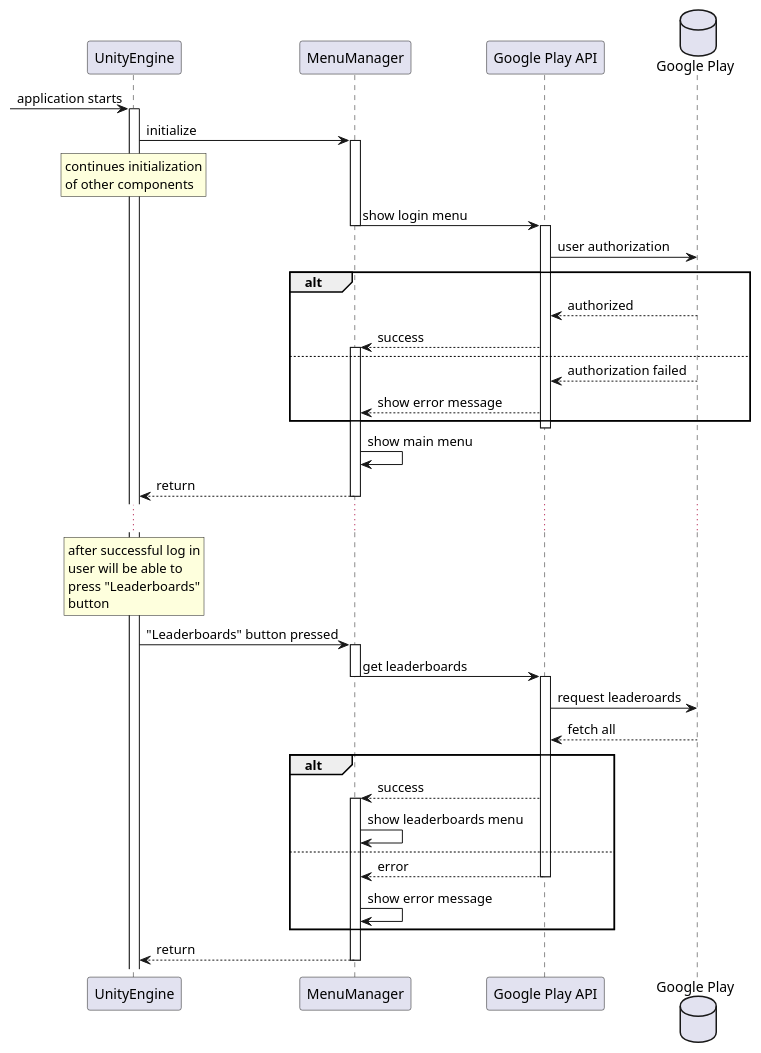
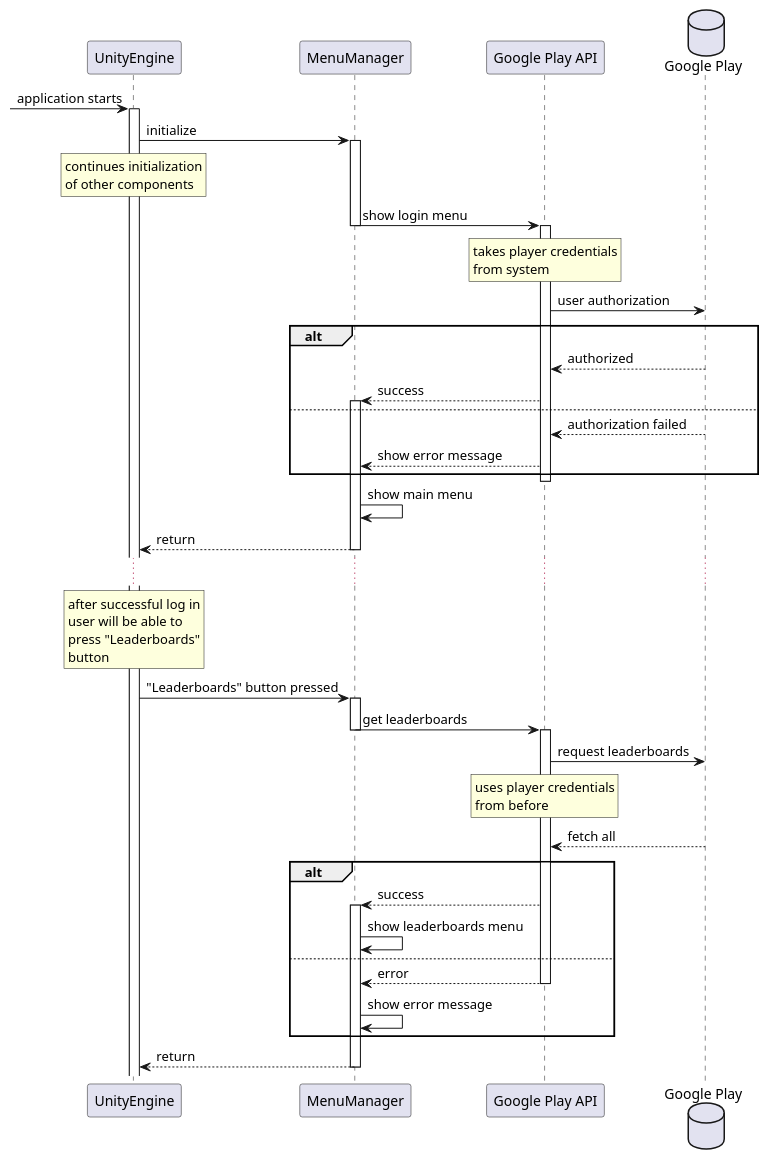
Before and after one commit to CKTA00/Robbery_Rush_UML: the diagram in UML/leaderboards_sequence_diagram.puml, drawn with PlantUML. The commit also changed 3 other files, not shown here.

```diff
--- a/UML/leaderboards_sequence_diagram.puml
+++ b/UML/leaderboards_sequence_diagram.puml
@@ -1,49 +1,53 @@
 @startuml
 'https://plantuml.com/sequence-diagram
 
 
 ?-> UnityEngine ++: application starts
 
 UnityEngine -> MenuManager ++: initialize
 rnote over UnityEngine: continues initialization\nof other components
 MenuManager -> "Google Play API" --++: show login menu
 database "Google Play"
+
+rnote over "Google Play API": takes player credentials\nfrom system
+
 "Google Play API" -> "Google Play": user authorization
 
 group alt
     "Google Play" --> "Google Play API": authorized
     "Google Play API" --> MenuManager  : success
     activate MenuManager
     else
     "Google Play" --> "Google Play API" : authorization failed
     "Google Play API" --> MenuManager  : show error message
 end
 deactivate "Google Play API"
 MenuManager -> MenuManager: show main menu
 MenuManager --> UnityEngine --: return
 
 ...
 
 rnote over UnityEngine: after successful log in\nuser will be able to\npress "Leaderboards"\nbutton
 
 UnityEngine -> MenuManager++: "Leaderboards" button pressed
 MenuManager -> "Google Play API" --++: get leaderboards
-"Google Play API" -> "Google Play": request leaderoards
+"Google Play API" -> "Google Play": request leaderboards
+rnote over "Google Play API": uses player credentials\nfrom before
 "Google Play" --> "Google Play API": fetch all
 group alt
     "Google Play API" --> MenuManager  :success
     activate MenuManager
     MenuManager -> MenuManager: show leaderboards menu
     else
     "Google Play API" --> MenuManager  :error
     deactivate "Google Play API"
     MenuManager -> MenuManager : show error message
 
 end
     MenuManager --> UnityEngine --: return
 
 
 
 
 
 @enduml
```
